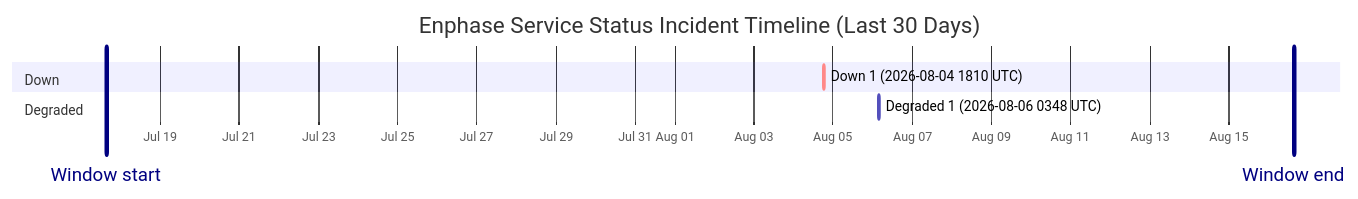
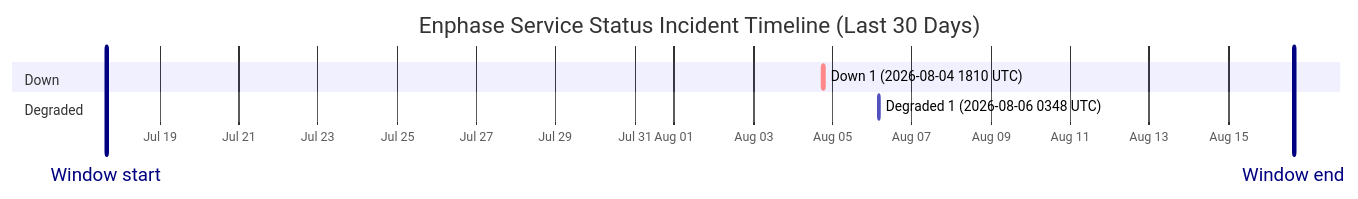
The diagram in wiki/Service-Status-History.md (barneyonline/ha-enphase-energy), drawn with Mermaid before and after one commit. The commit also changed other lines of this file and 3 other files, not shown here.

````diff
--- a/wiki/Service-Status-History.md
+++ b/wiki/Service-Status-History.md
@@ -14,12 +14,12 @@
 ```mermaid
 gantt
     title Enphase Service Status Incident Timeline (Last 30 Days)
     dateFormat  YYYY-MM-DDTHH:mm:ss
     axisFormat  %b %d
-    Window start :vert, window-start, 2026-07-17T15:19:02, 0ms
-    Window end :vert, window-end, 2026-08-16T15:19:02, 0ms
+    Window start :vert, window-start, 2026-07-17T15:45:47, 0ms
+    Window end :vert, window-end, 2026-08-16T15:45:47, 0ms
     section Down
     Down 1 (2026-08-04 1810 UTC) :crit, down-1, 2026-08-04T18:10:46, 60m
     section Degraded
     Degraded 1 (2026-08-06 0348 UTC) :active, degraded-1, 2026-08-06T03:48:14, 60m
 ```
````
